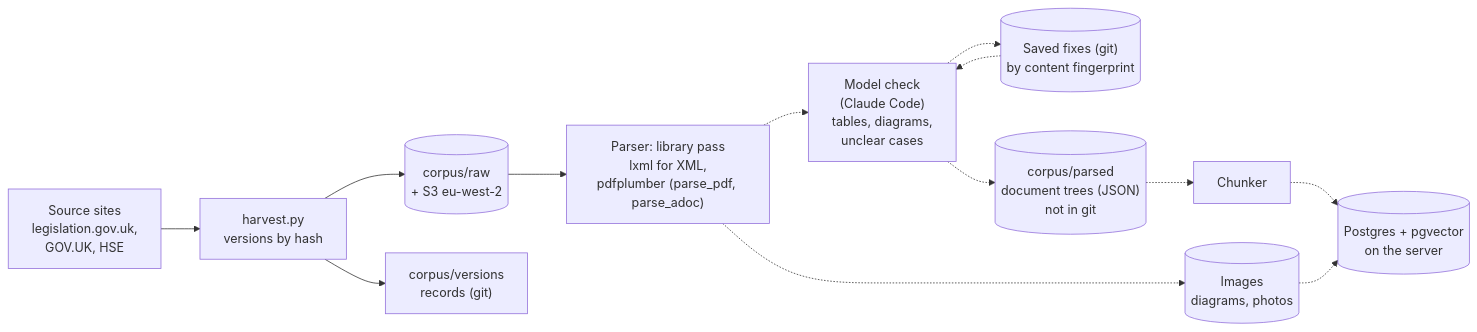
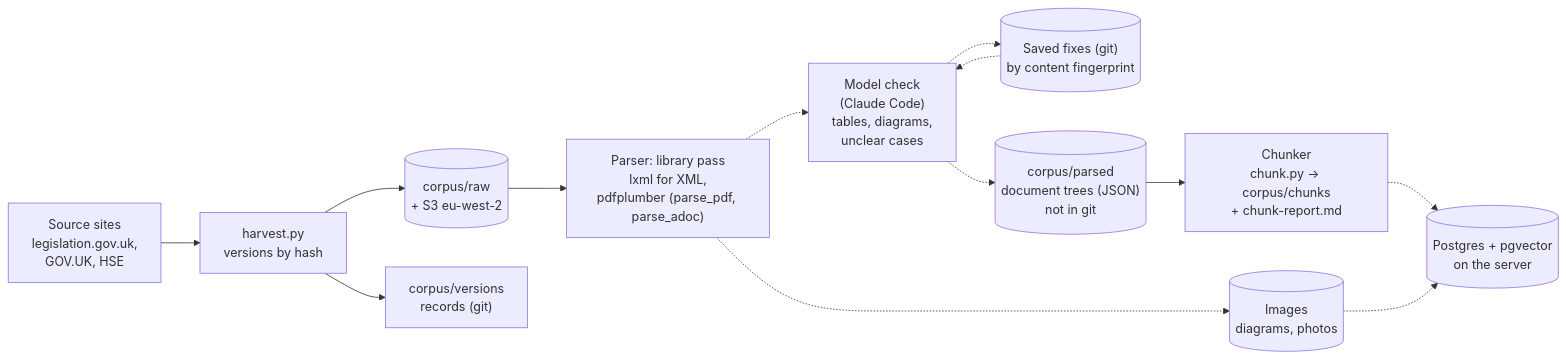
Before and after one commit to florinmarcus/builders_lab: the first of 6 diagrams in architecture/design/regulations-corpus.md, drawn with Mermaid. The commit also changed other lines of this file and 6 other files, not shown here.

````diff
--- a/architecture/design/regulations-corpus.md
+++ b/architecture/design/regulations-corpus.md
@@ -11,15 +11,15 @@
 ```mermaid
 flowchart LR
     src["Source sites<br/>legislation.gov.uk,<br/>GOV.UK, HSE"] --> harvest["harvest.py<br/>versions by hash"]
     harvest --> raw[("corpus/raw<br/>+ S3 eu-west-2")]
     harvest --> rec["corpus/versions<br/>records (git)"]
     raw --> lib["Parser: library pass<br/>lxml for XML,<br/>pdfplumber (parse_pdf, parse_adoc)"]
     lib -.-> chk["Model check<br/>(Claude Code)<br/>tables, diagrams,<br/>unclear cases"]
     fixes[("Saved fixes (git)<br/>by content fingerprint")] -.-> chk
     chk -.-> fixes
     chk -.-> tree[("corpus/parsed<br/>document trees (JSON)<br/>not in git")]
     lib -.-> img[("Images<br/>diagrams, photos")]
-    tree -.-> chunk["Chunker"]
+    tree --> chunk["Chunker<br/>chunk.py → corpus/chunks<br/>+ chunk-report.md"]
     chunk -.-> pg[("Postgres + pgvector<br/>on the server")]
     img -.-> pg
 ```
````
